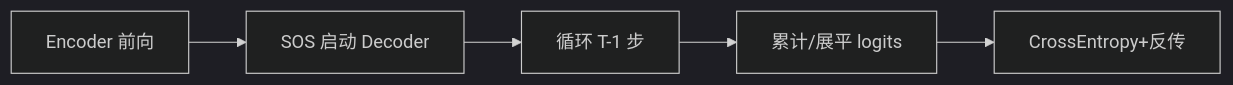
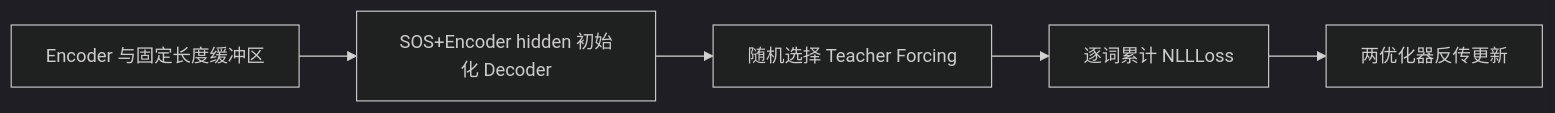
The first of 2 diagrams in notes/seq2seq-translation/20-train-one-batch.md (luyunix/nlp_study), drawn with Mermaid (dark theme) before and after one commit. The commit also changed other lines of this file and 66 other files, not shown here.

````diff
--- a/notes/seq2seq-translation/20-train-one-batch.md
+++ b/notes/seq2seq-translation/20-train-one-batch.md
@@ -17,12 +17,12 @@
 ```mermaid
 flowchart LR
-    N0["Encoder 前向"]
-    N1["SOS 启动 Decoder"]
-    N2["循环 T-1 步"]
-    N3["累计/展平 logits"]
-    N4["CrossEntropy+反传"]
+    N0["Encoder 与固定长度缓冲区"]
+    N1["SOS+Encoder hidden 初始化 Decoder"]
+    N2["随机选择 Teacher Forcing"]
+    N3["逐词累计 NLLLoss"]
+    N4["两优化器反传更新"]
     N0 --> N1
     N1 --> N2
     N2 --> N3
     N3 --> N4
 ```
````
